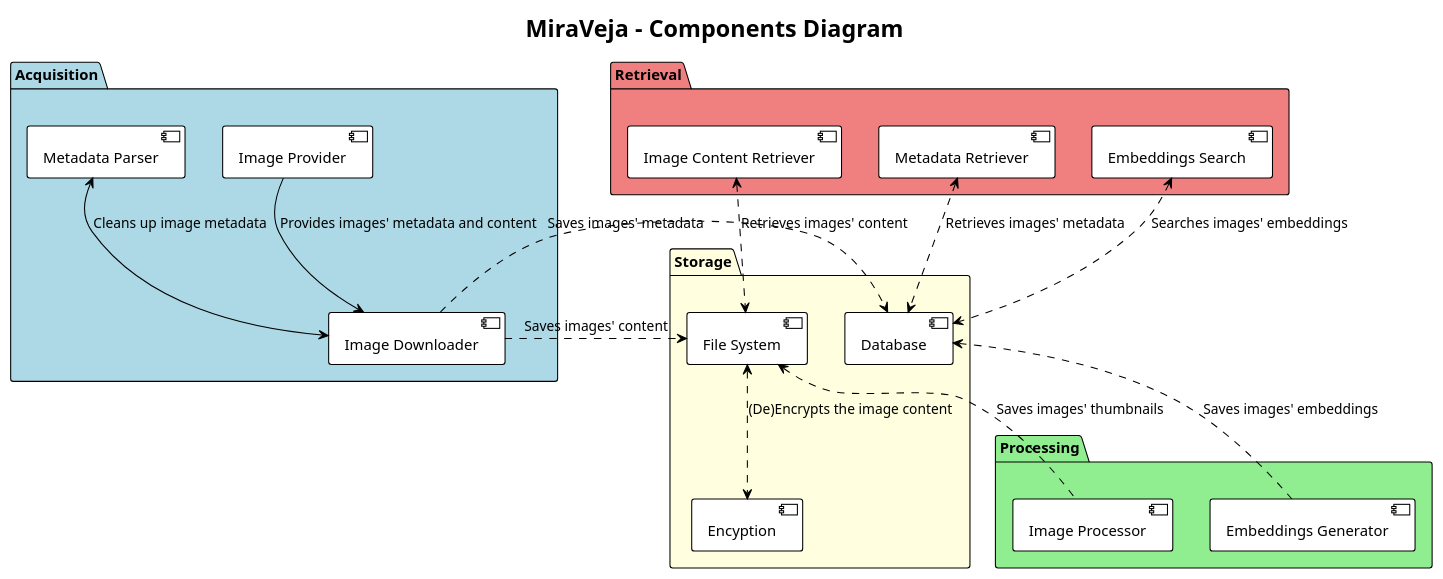
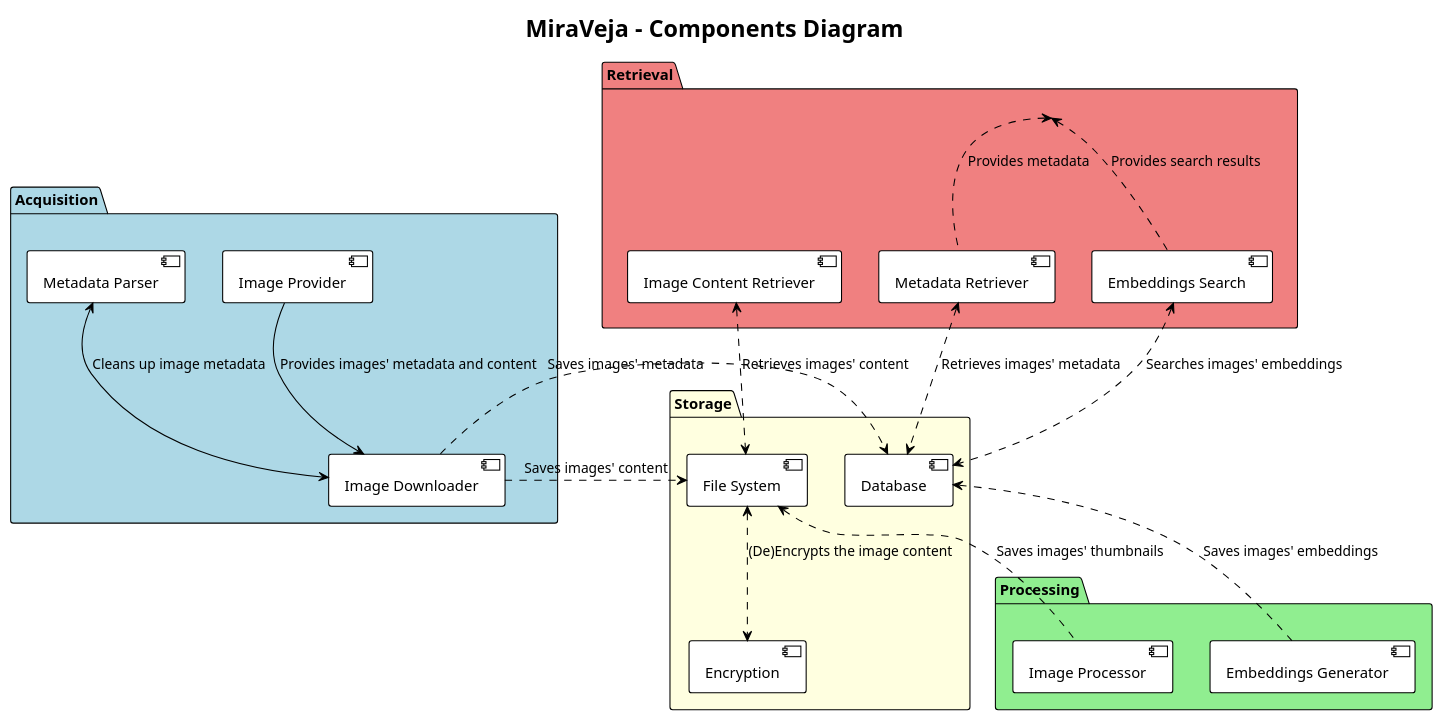
The diagram in docs/components-diagram.puml (JomarJunior/miraveja), drawn with PlantUML before and after one commit. The commit also changed 2 other files, not shown here.

Commit message:
Update diagrams for MiraVeja project: increment version, fix typos, and enhance relationships

```diff
--- a/docs/components-diagram.puml
+++ b/docs/components-diagram.puml
@@ -1,45 +1,48 @@
 @startuml "MiraVeja - Components Diagram"
 !theme plain
 
 title MiraVeja - Components Diagram
 
 ' Components
 package Acquisition as acquisition #LightBlue {
     [Image Provider] as imageProvider
     [Image Downloader] as imageDownloader
     [Metadata Parser] as metadataParser
 }
 
 package Processing as processing #LightGreen {
     [Image Processor] as imageProcessor
     [Embeddings Generator] as embeddingsGenerator
 }
 
 package Storage as storage #LightYellow {
     [Database] as database
     [File System] as fileSystem
-    [Encyption] as encryption
+    [Encryption] as encryption
 }
 
 package Retrieval as retrieval #LightCoral {
     [Image Content Retriever] as imageContentRetriever
     [Metadata Retriever] as metadataRetriever
     [Embeddings Search] as embeddingsSearch
 }
 
 ' Relationships
 imageProvider --> imageDownloader : "Provides images' metadata and content"
 metadataParser <--> imageDownloader : "Cleans up image metadata"
 imageDownloader .r.> database : "Saves images' metadata"
 imageDownloader .r.> fileSystem : "Saves images' content"
 
 imageProcessor .u.> fileSystem : "Saves images' thumbnails"
 embeddingsGenerator .u.> database : "Saves images' embeddings"
 
 imageContentRetriever <.d.> fileSystem : "Retrieves images' content"
 metadataRetriever <.d.> database : "Retrieves images' metadata"
 embeddingsSearch <.d.> database : "Searches images' embeddings"
 
 fileSystem <..> encryption : "(De)Encrypts the image content"
 
+embeddingsSearch .u.> retrieval : "Provides search results"
+metadataRetriever .u.> retrieval : "Provides metadata"
+
 @enduml
```
